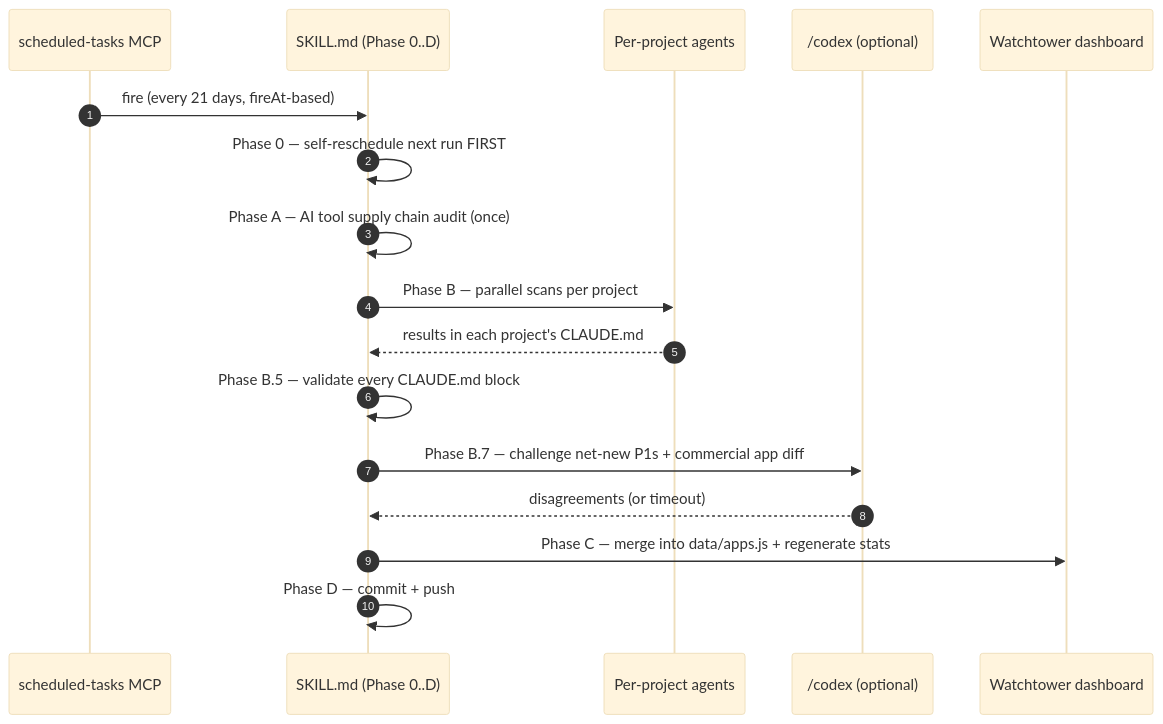
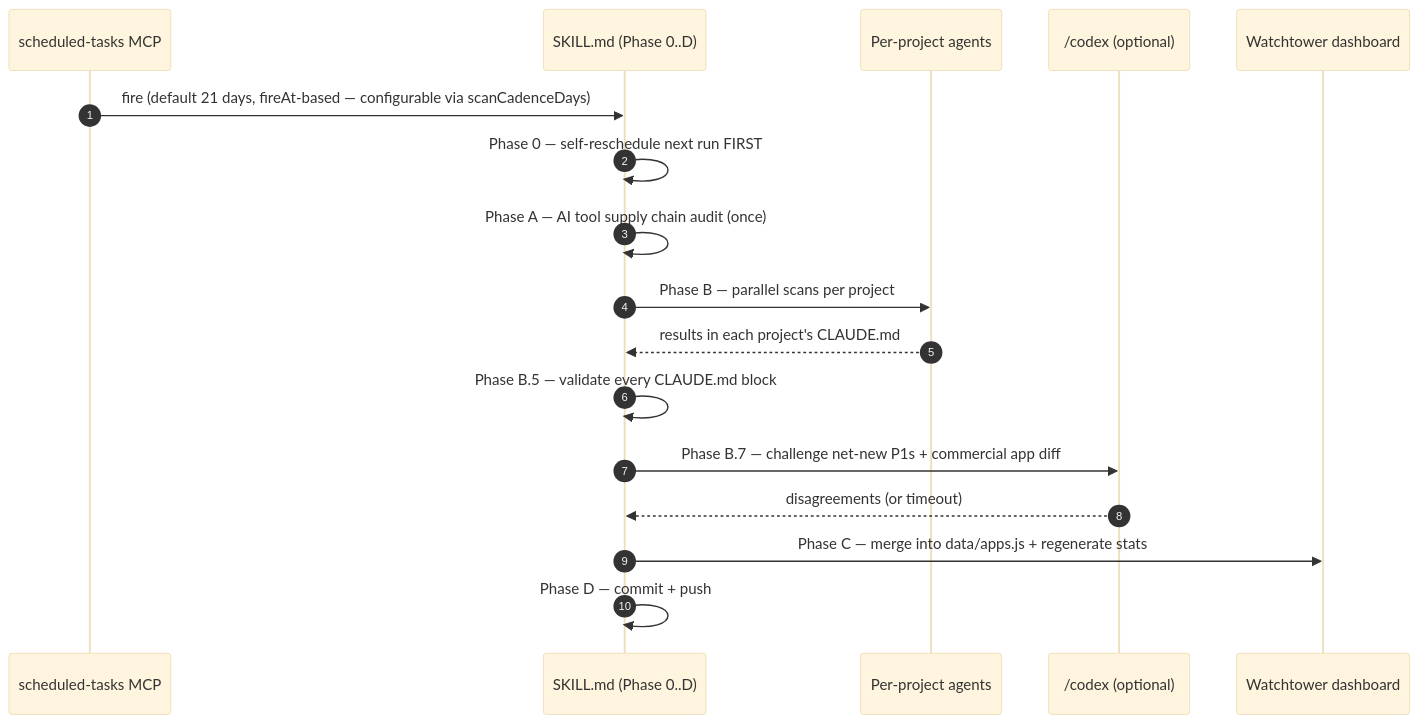
The second of 2 diagrams in README.md (galengrimm-code/watchtower), drawn with Mermaid (base theme) before and after one commit. The commit also changed other lines of this file, not shown here.

First line of the commit message:
README: clarify cadence is configurable, 21 days is just the default

````diff
--- a/README.md
+++ b/README.md
@@ -65,20 +65,20 @@
 ```mermaid
 sequenceDiagram
     autonumber
     participant Cron as scheduled-tasks MCP
     participant Skill as SKILL.md (Phase 0..D)
     participant Code as Per-project agents
     participant Codex as /codex (optional)
     participant Dash as Watchtower dashboard
 
-    Cron->>Skill: fire (every 21 days, fireAt-based)
+    Cron->>Skill: fire (default 21 days, fireAt-based — configurable via scanCadenceDays)
     Skill->>Skill: Phase 0 — self-reschedule next run FIRST
     Skill->>Skill: Phase A — AI tool supply chain audit (once)
     Skill->>Code: Phase B — parallel scans per project
     Code-->>Skill: results in each project's CLAUDE.md
     Skill->>Skill: Phase B.5 — validate every CLAUDE.md block
     Skill->>Codex: Phase B.7 — challenge net-new P1s + commercial app diff
     Codex-->>Skill: disagreements (or timeout)
     Skill->>Dash: Phase C — merge into data/apps.js + regenerate stats
     Skill->>Skill: Phase D — commit + push
 ```
````
